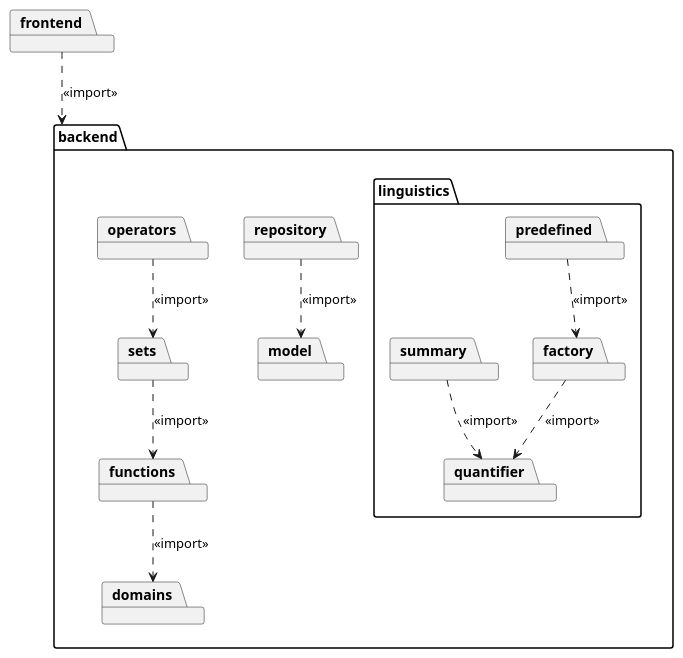
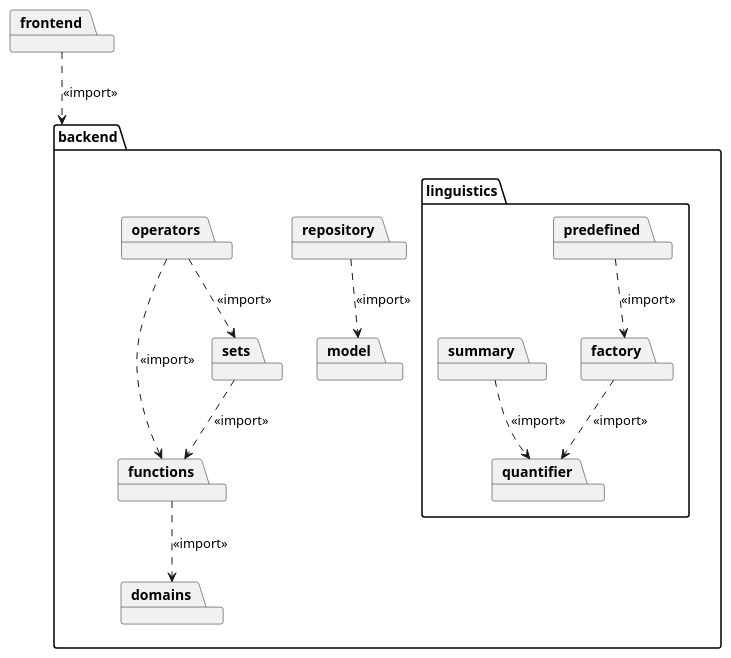
One commit to kambed/Computer-Recognition-Systems changed the first of 9 diagrams in task2/README.md. Above: the diagram before and after it, drawn with PlantUML.

Commit message:
operations import functions

````diff
--- a/task2/README.md
+++ b/task2/README.md
@@ -13,27 +13,28 @@
 ```plantuml
 package backend {
     package functions
     package domains
     package model
     package repository
     package sets
     package operators
     package linguistics {
         package factory
         package predefined
         package quantifier
         package summary
         predefined ..> factory: <<import>>
         factory ..> quantifier: <<import>>
         summary ..> quantifier: <<import>>
     }
     
     functions ..> domains: <<import>> 
     repository ..> model: <<import>>
     operators ..> sets: <<import>>
+    operators ..> functions: <<import>>
     sets ..> functions: <<import>>
 }
 package frontend {
 }
 frontend ..> backend: <<import>>
 ```
````
